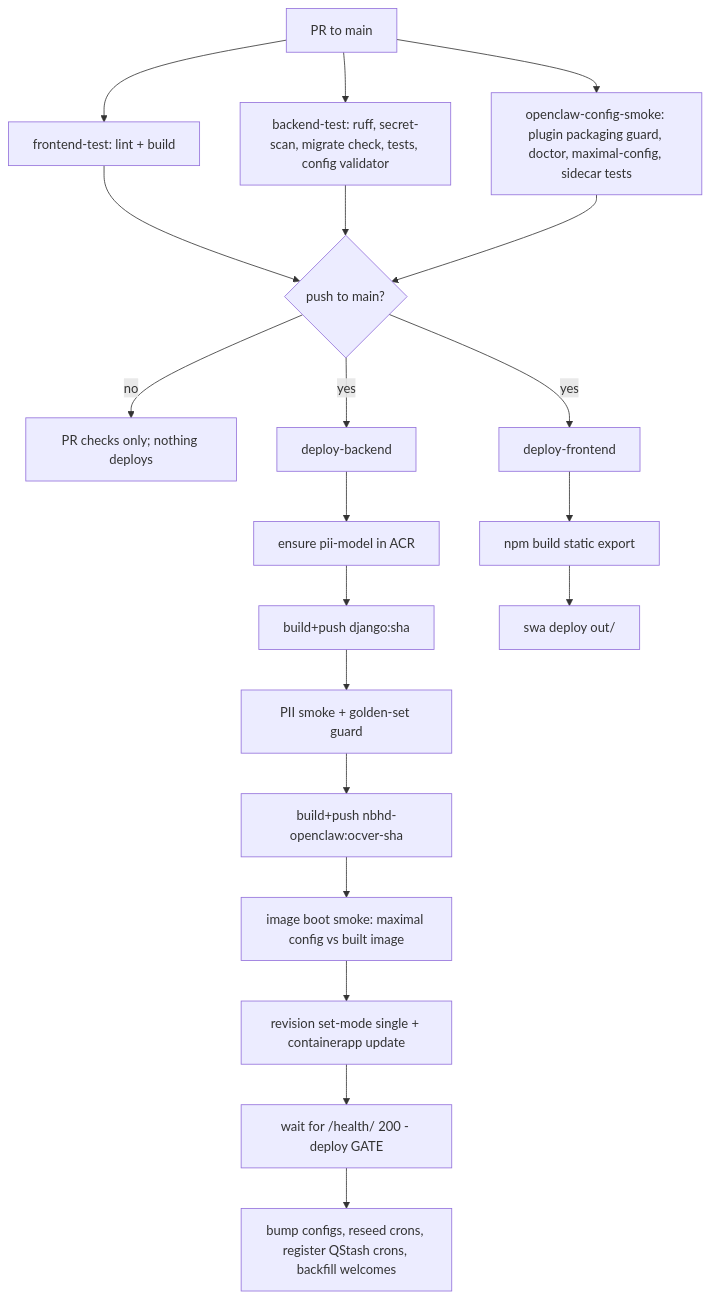
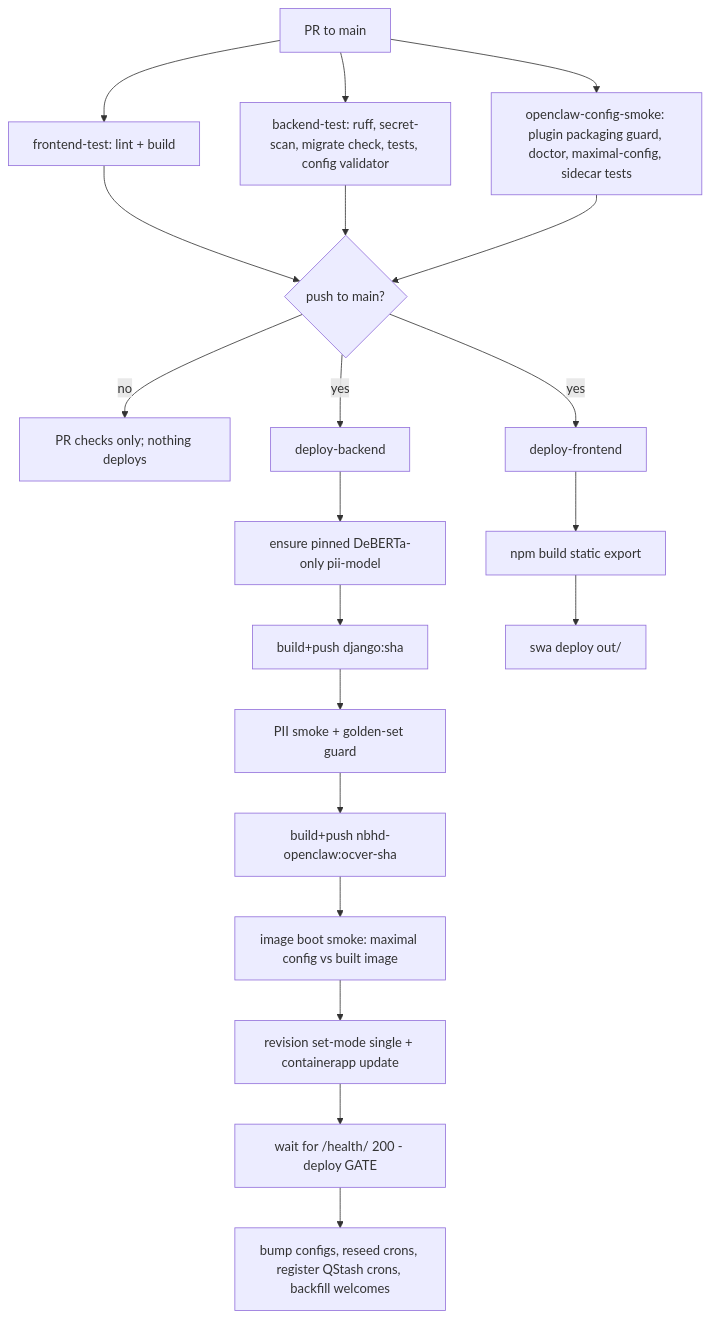
The diagram in docs/reference/infrastructure-and-deployment.md (performlikemj/nbhd-united), drawn with Mermaid before and after one commit. The commit also changed other lines of this file and 41 other files, not shown here.

Commit message:
fix(pii): runtime writes never block on detection — deferral fleet-wide, old detector pinned, honest issue reporting

````diff
--- a/docs/reference/infrastructure-and-deployment.md
+++ b/docs/reference/infrastructure-and-deployment.md
@@ -106,19 +112,19 @@
 ```mermaid
 flowchart TD
   PR[PR to main] --> C1[frontend-test: lint + build]
   PR --> C2[backend-test: ruff, secret-scan, migrate check, tests, config validator]
   PR --> C3[openclaw-config-smoke: plugin packaging guard, doctor, maximal-config, sidecar tests]
   C1 & C2 & C3 --> M{push to main?}
   M -- no --> STOP[PR checks only; nothing deploys]
   M -- yes --> DB[deploy-backend]
   M -- yes --> DF[deploy-frontend]
-  DB --> B1[ensure pii-model in ACR]
+  DB --> B1[ensure pinned DeBERTa-only pii-model]
   B1 --> B2[build+push django:sha]
   B2 --> B3[PII smoke + golden-set guard]
   B3 --> B4[build+push nbhd-openclaw:ocver-sha]
   B4 --> B5[image boot smoke: maximal config vs built image]
   B5 --> B6[revision set-mode single + containerapp update]
   B6 --> B7[wait for /health/ 200 - deploy GATE]
   B7 --> B8[bump configs, reseed crons, register QStash crons, backfill welcomes]
   DF --> F1[npm build static export] --> F2[swa deploy out/]
 ```
````
